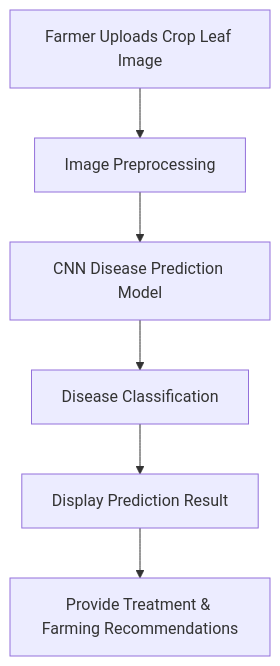
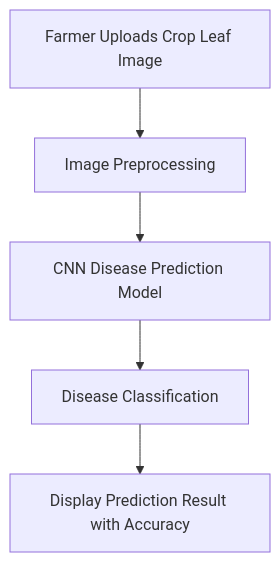
One commit to gokila-12/AI-based-farmer-assistant changed the diagram in README.md. Above: the diagram before and after it, drawn with Mermaid.

Commit message:
README.md

````diff
--- a/README.md
+++ b/README.md
@@ -26,8 +26,7 @@
 ```mermaid
 flowchart TD
     A[Farmer Uploads Crop Leaf Image] --> B[Image Preprocessing]
     B --> C[CNN Disease Prediction Model]
     C --> D[Disease Classification]
-    D --> E[Display Prediction Result]
-    E --> F[Provide Treatment & Farming Recommendations]
+    D --> E[Display Prediction Result with Accuracy]
 ```
````
